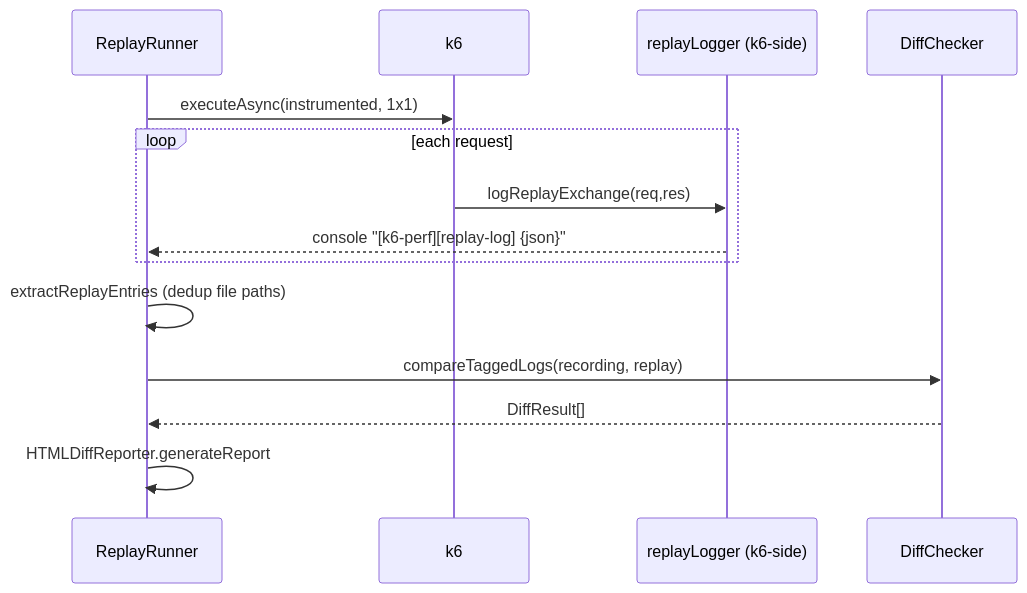
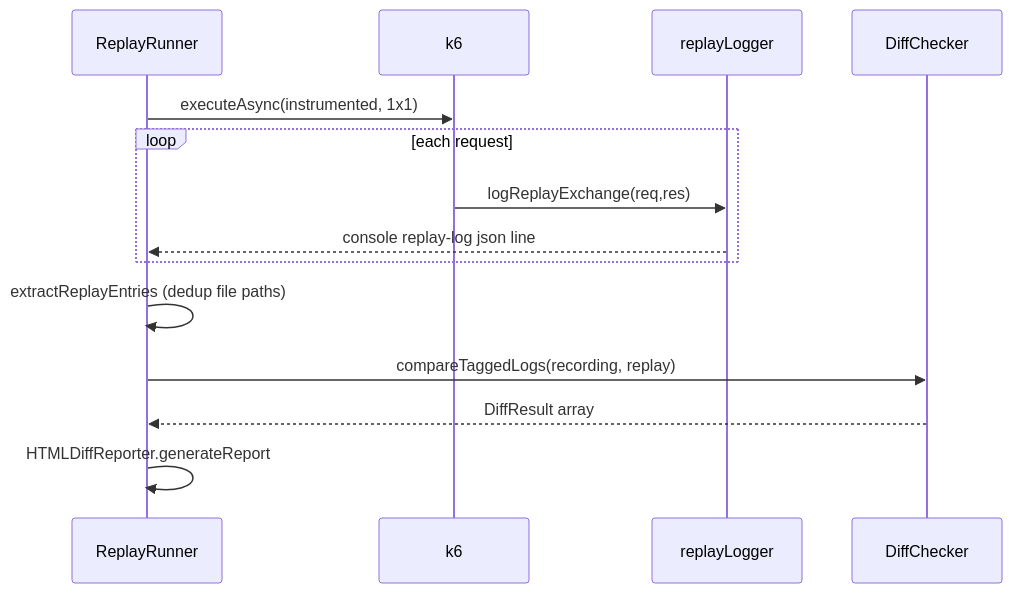
The second of 2 diagrams in engineering_docs/edd/EDD-debug-replay.md (Mechavenger-adi/PerfFramework_k6), drawn with Mermaid before and after one commit. The commit also changed 4 other files, not shown here.

First line of the commit message:
docs(engineering): fix Mermaid sequence/state diagrams

````diff
--- a/engineering_docs/edd/EDD-debug-replay.md
+++ b/engineering_docs/edd/EDD-debug-replay.md
@@ -76,16 +76,16 @@
 ```mermaid
 sequenceDiagram
   participant RR as ReplayRunner
   participant K6 as k6
-  participant RL as replayLogger (k6-side)
+  participant RL as replayLogger
   participant DC as DiffChecker
   RR->>K6: executeAsync(instrumented, 1x1)
   loop each request
     K6->>RL: logReplayExchange(req,res)
-    RL-->>RR: console "[k6-perf][replay-log] {json}"
+    RL-->>RR: console replay-log json line
   end
   RR->>RR: extractReplayEntries (dedup file paths)
   RR->>DC: compareTaggedLogs(recording, replay)
-  DC-->>RR: DiffResult[]
+  DC-->>RR: DiffResult array
   RR->>RR: HTMLDiffReporter.generateReport
 ```
````
